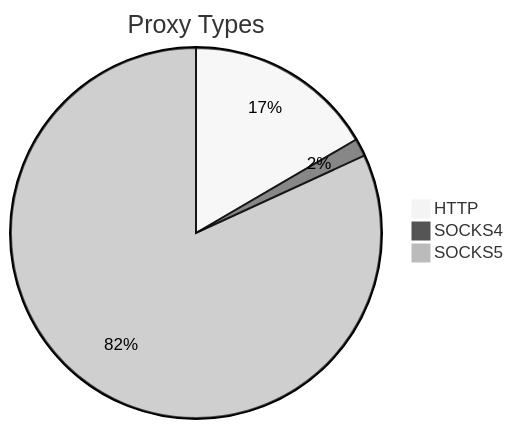
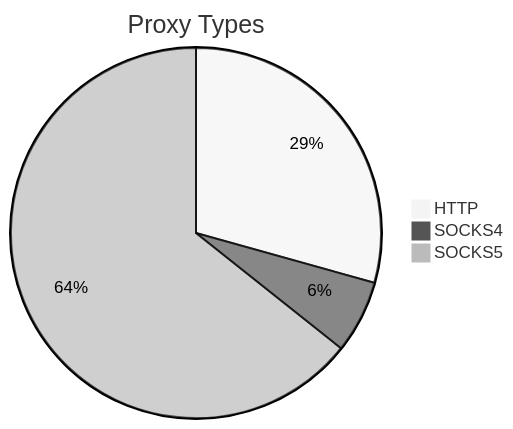
One commit to stormsia/proxy-list changed the first of 2 diagrams in README.md. Above: the diagram before and after it, drawn with Mermaid (neutral theme). The commit also changed other lines of this file, not shown here.

````diff
--- a/README.md
+++ b/README.md
@@ -21,6 +21,6 @@
 ```mermaid
 pie title Proxy Types
-    "HTTP" : 257
-    "SOCKS4" : 24
-    "SOCKS5" : 1268
+    "HTTP" : 286
+    "SOCKS4" : 62
+    "SOCKS5" : 627
 ```
````
